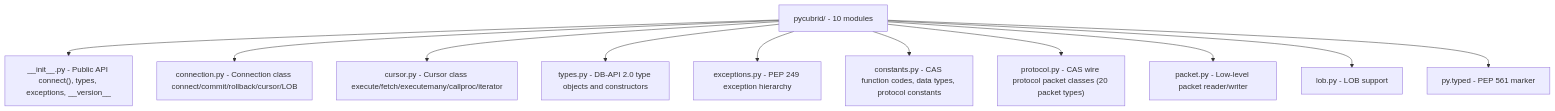
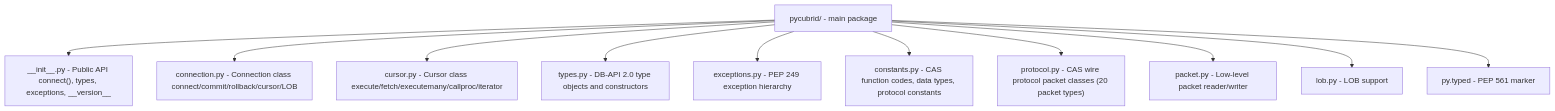
The first of 2 diagrams in docs/PRD.md (cubrid-lab/pycubrid), drawn with Mermaid before and after one commit. The commit also changed other lines of this file and 5 other files, not shown here.

````diff
--- a/docs/PRD.md
+++ b/docs/PRD.md
@@ -66,25 +66,25 @@
 ```mermaid
 graph TD
-    root[pycubrid/ - 10 modules]
+    root[pycubrid/ - main package]
     init["__init__.py - Public API connect(), types, exceptions, __version__"]
     connection[connection.py - Connection class connect/commit/rollback/cursor/LOB]
     cursor[cursor.py - Cursor class execute/fetch/executemany/callproc/iterator]
     types[types.py - DB-API 2.0 type objects and constructors]
     exceptions[exceptions.py - PEP 249 exception hierarchy]
     constants[constants.py - CAS function codes, data types, protocol constants]
     protocol["protocol.py - CAS wire protocol packet classes (20 packet types)"]
     packet[packet.py - Low-level packet reader/writer]
     lob[lob.py - LOB support]
     typed[py.typed - PEP 561 marker]
 
     root --> init
     root --> connection
     root --> cursor
     root --> types
     root --> exceptions
     root --> constants
     root --> protocol
     root --> packet
     root --> lob
     root --> typed
 ```
````
